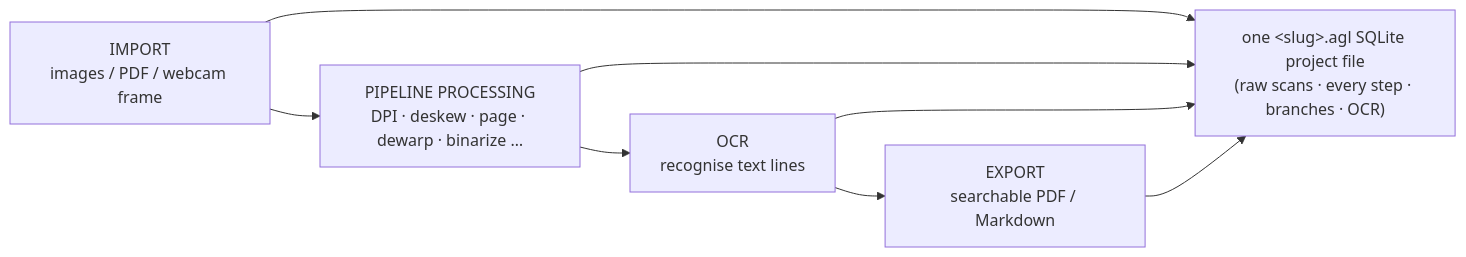
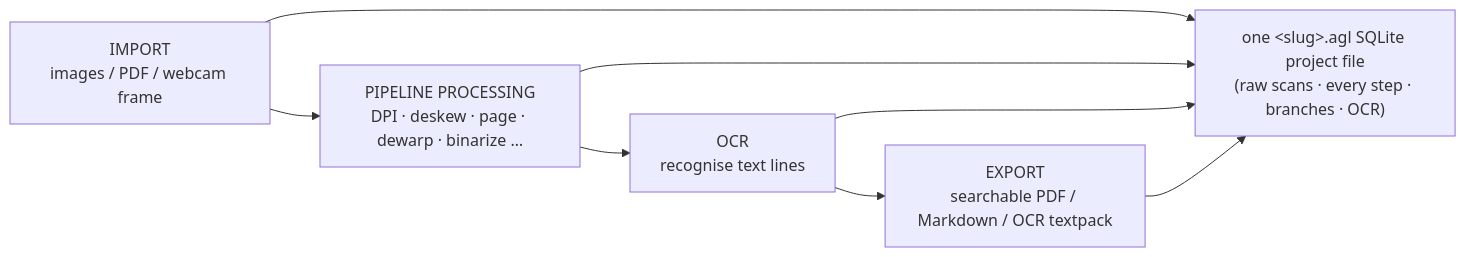
The diagram in site/src/content/docs/docs/concepts/workflow.md (yb85/aglaia), drawn with Mermaid before and after one commit. The commit also changed other lines of this file and 28 other files, not shown here.

````diff
--- a/site/src/content/docs/docs/concepts/workflow.md
+++ b/site/src/content/docs/docs/concepts/workflow.md
@@ -11,13 +11,13 @@
 ```mermaid
 flowchart LR
     Import["IMPORT<br/>images / PDF / webcam frame"]
     Pipeline["PIPELINE PROCESSING<br/>DPI · deskew · page · dewarp · binarize …"]
     OCR["OCR<br/>recognise text lines"]
-    Export["EXPORT<br/>searchable PDF / Markdown"]
+    Export["EXPORT<br/>searchable PDF / Markdown / OCR textpack"]
     AGL["one &lt;slug&gt;.agl SQLite project file<br/>(raw scans · every step · branches · OCR)"]
     Import --> Pipeline --> OCR --> Export
     Import --> AGL
     Pipeline --> AGL
     OCR --> AGL
     Export --> AGL
 ```
````
